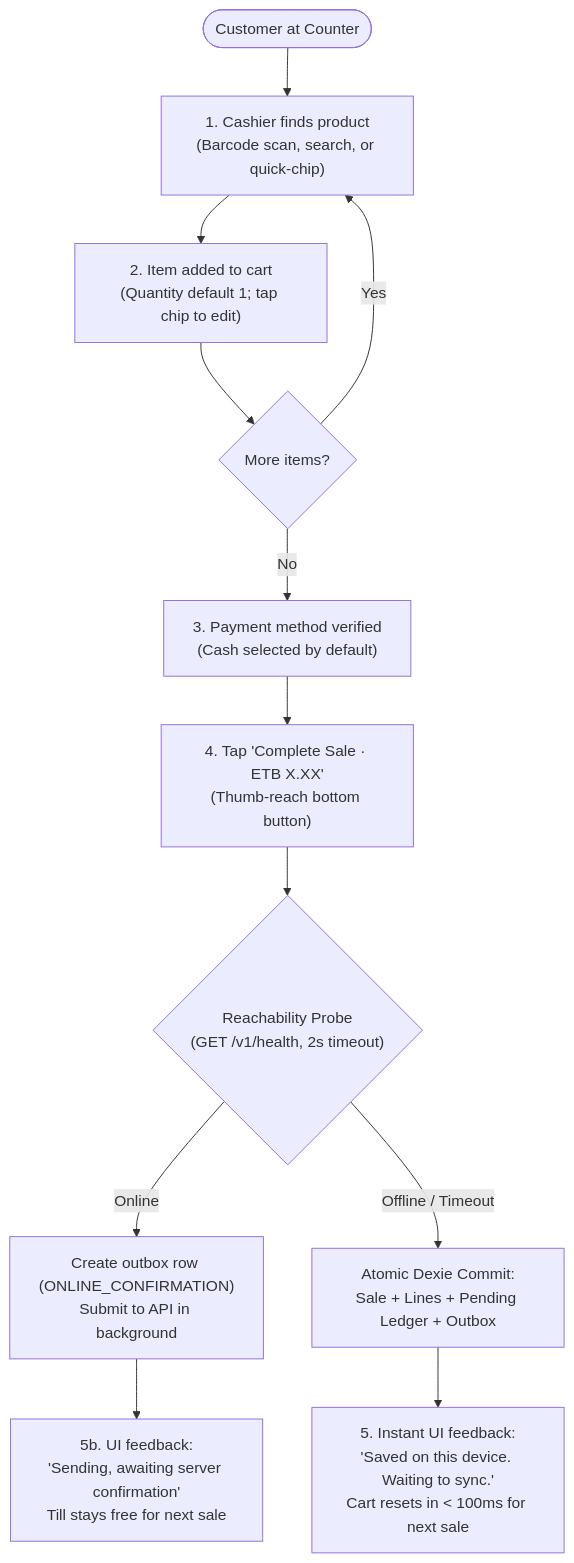
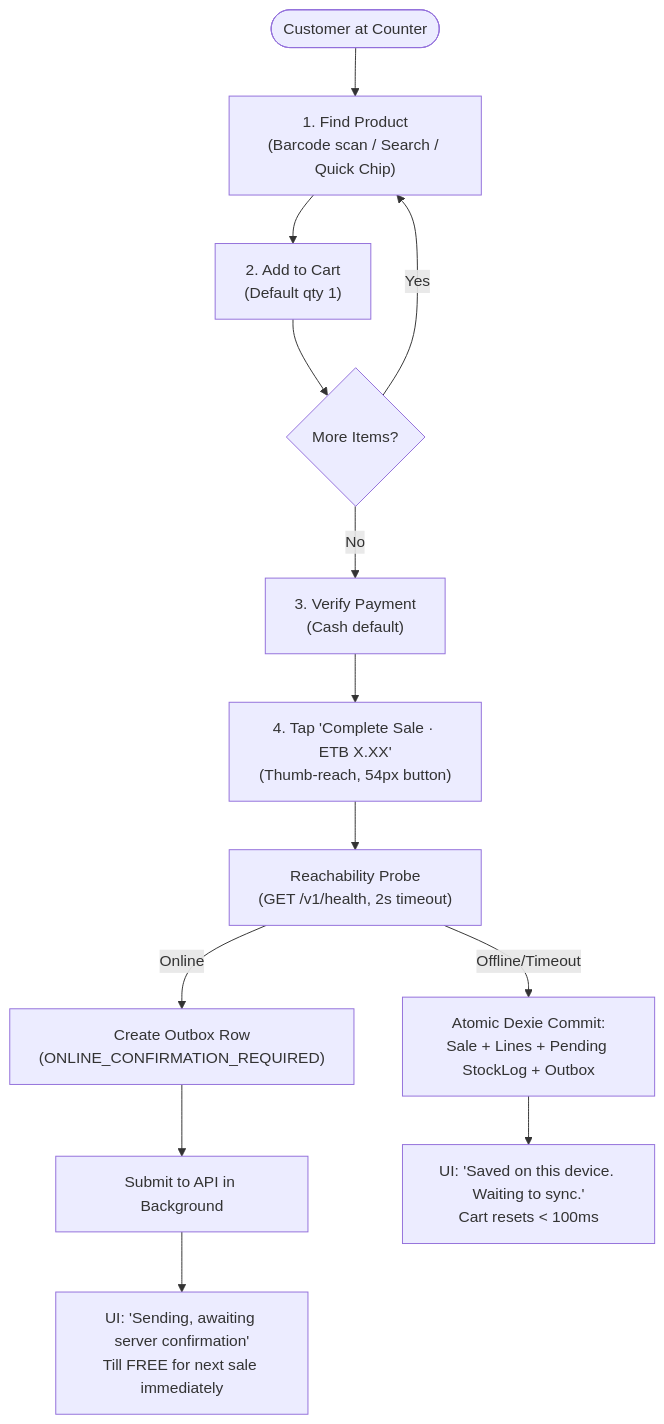
One commit to Stokari/web changed the first of 13 diagrams in docs/UX-FLOWS.md. Above: the diagram before and after it, drawn with Mermaid. The commit also changed other lines of this file and 274 other files, not shown here.

````diff
--- a/docs/UX-FLOWS.md
+++ b/docs/UX-FLOWS.md
@@ -10,14 +12,15 @@
 ```mermaid
 flowchart TD
-  start(["Customer at Counter"]) --> find["1. Cashier finds product<br/>(Barcode scan, search, or quick-chip)"]
-  find --> add["2. Item added to cart<br/>(Quantity default 1; tap chip to edit)"]
-  add --> more{"More items?"}
-  more -->|"Yes"| find
-  more -->|"No"| pay["3. Payment method verified<br/>(Cash selected by default)"]
-  pay --> save["4. Tap 'Complete Sale · ETB X.XX'<br/>(Thumb-reach bottom button)"]
-  save --> probe{"Reachability Probe<br/>(GET /v1/health, 2s timeout)"}
-  probe -->|"Online"| on["Create outbox row (ONLINE_CONFIRMATION)<br/>Submit to API in background"]
-  probe -->|"Offline / Timeout"| off["Atomic Dexie Commit:<br/>Sale + Lines + Pending Ledger + Outbox"]
-  off --> ack["5. Instant UI feedback:<br/>'Saved on this device. Waiting to sync.'<br/>Cart resets in < 100ms for next sale"]
-  on --> ack2["5b. UI feedback:<br/>'Sending, awaiting server confirmation'<br/>Till stays free for next sale"]
+    start(["Customer at Counter"]) --> find["1. Find Product<br/>(Barcode scan / Search / Quick Chip)"]
+    find --> add["2. Add to Cart<br/>(Default qty 1)"]
+    add --> more{"More Items?"}
+    more -->|Yes| find
+    more -->|No| pay["3. Verify Payment<br/>(Cash default)"]
+    pay --> complete["4. Tap 'Complete Sale · ETB X.XX'<br/>(Thumb-reach, 54px button)"]
+    complete --> probe["Reachability Probe<br/>(GET /v1/health, 2s timeout)"]
+    probe -->|Online| online["Create Outbox Row<br/>(ONLINE_CONFIRMATION_REQUIRED)"]
+    online --> submit["Submit to API in Background"]
+    submit --> ui["UI: 'Sending, awaiting server confirmation'<br/>Till FREE for next sale immediately"]
+    probe -->|Offline/Timeout| offline["Atomic Dexie Commit:<br/>Sale + Lines + Pending StockLog + Outbox"]
+    offline --> ack["UI: 'Saved on this device. Waiting to sync.'<br/>Cart resets < 100ms"]
 ```
````
